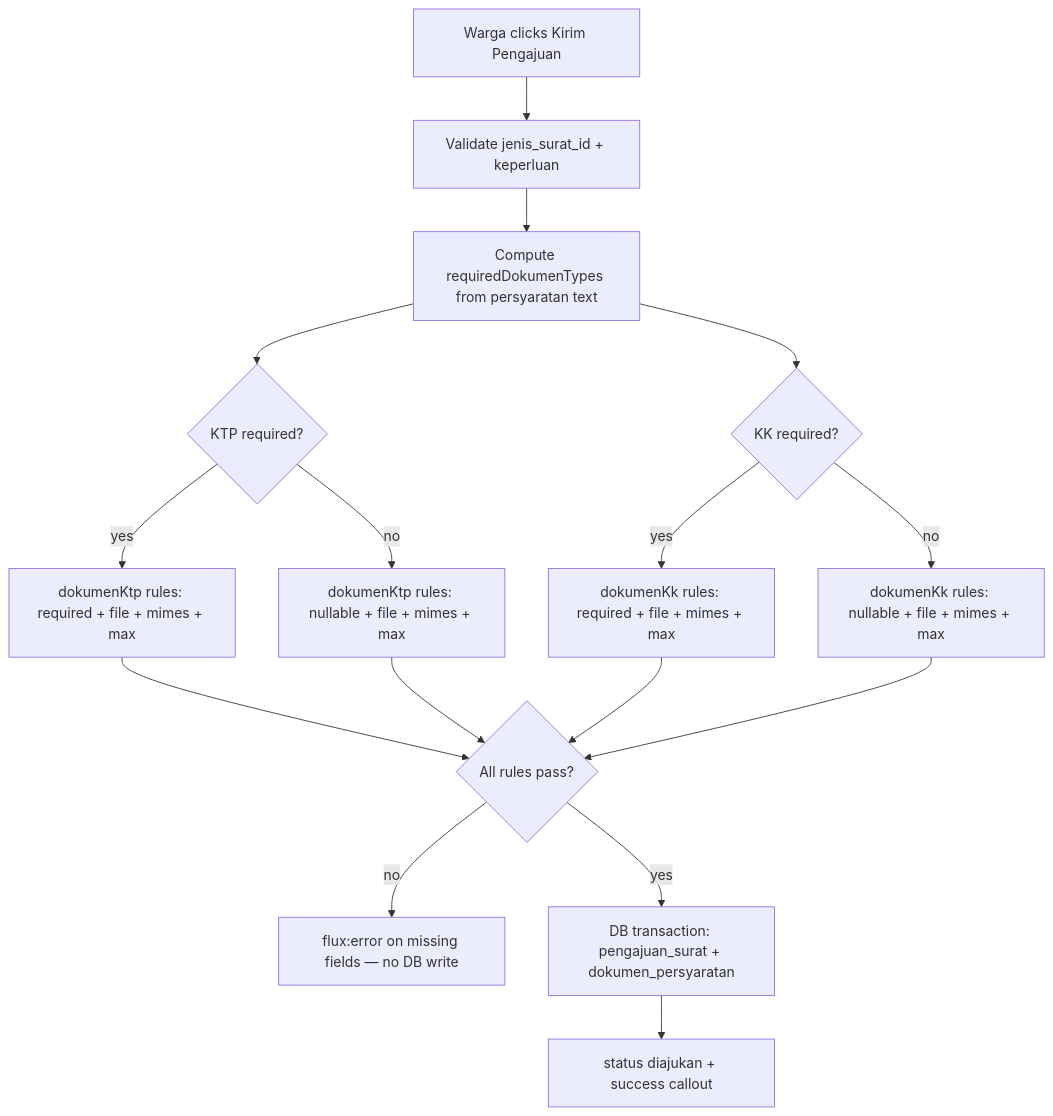
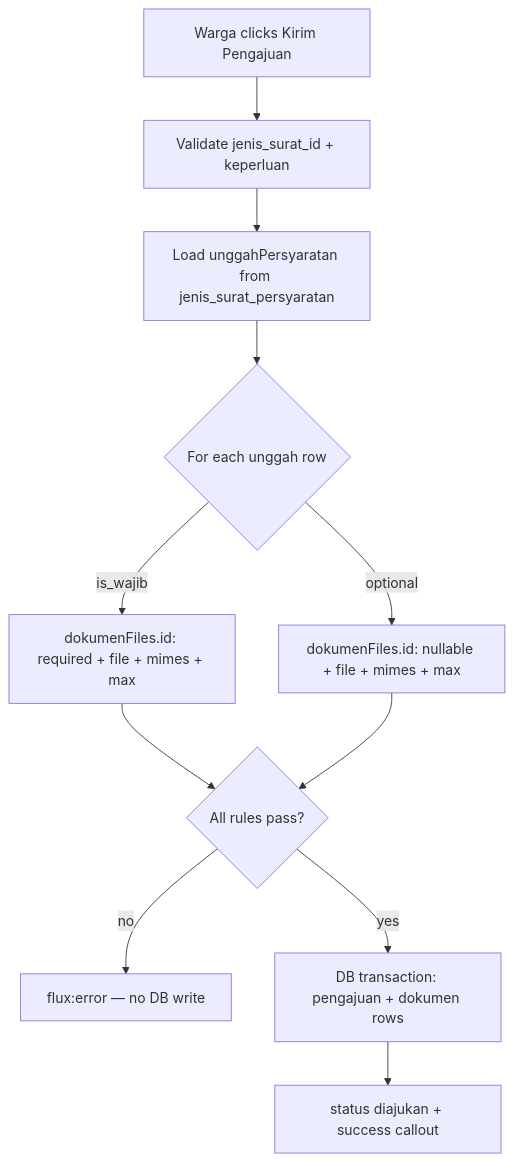
Before and after one commit to ZulfikarHD/sistem-desa: the first of 2 diagrams in docs/dev-docs/features/pengajuan-surat-kelengkapan.md, drawn with Mermaid. The commit also changed other lines of this file and 30 other files, not shown here.

First line of the commit message:
feat(pengajuan): form warga mengikuti persyaratan terstruktur (US-9.3)

````diff
--- a/docs/dev-docs/features/pengajuan-surat-kelengkapan.md
+++ b/docs/dev-docs/features/pengajuan-surat-kelengkapan.md
@@ -9,18 +9,13 @@
 ```mermaid
 flowchart TD
     A[Warga clicks Kirim Pengajuan] --> B[Validate jenis_surat_id + keperluan]
-    B --> C[Compute requiredDokumenTypes from persyaratan text]
-    C --> D{KTP required?}
-    D -->|yes| E[dokumenKtp rules: required + file + mimes + max]
-    D -->|no| F[dokumenKtp rules: nullable + file + mimes + max]
-    C --> G{KK required?}
-    G -->|yes| H[dokumenKk rules: required + file + mimes + max]
-    G -->|no| I[dokumenKk rules: nullable + file + mimes + max]
-    E --> J{All rules pass?}
-    F --> J
-    H --> J
-    I --> J
-    J -->|no| K[flux:error on missing fields — no DB write]
-    J -->|yes| L[DB transaction: pengajuan_surat + dokumen_persyaratan]
-    L --> M[status diajukan + success callout]
+    B --> C[Load unggahPersyaratan from jenis_surat_persyaratan]
+    C --> D{For each unggah row}
+    D -->|is_wajib| E[dokumenFiles.id: required + file + mimes + max]
+    D -->|optional| F[dokumenFiles.id: nullable + file + mimes + max]
+    E --> G{All rules pass?}
+    F --> G
+    G -->|no| H[flux:error — no DB write]
+    G -->|yes| I[DB transaction: pengajuan + dokumen rows]
+    I --> J[status diajukan + success callout]
 ```
````
